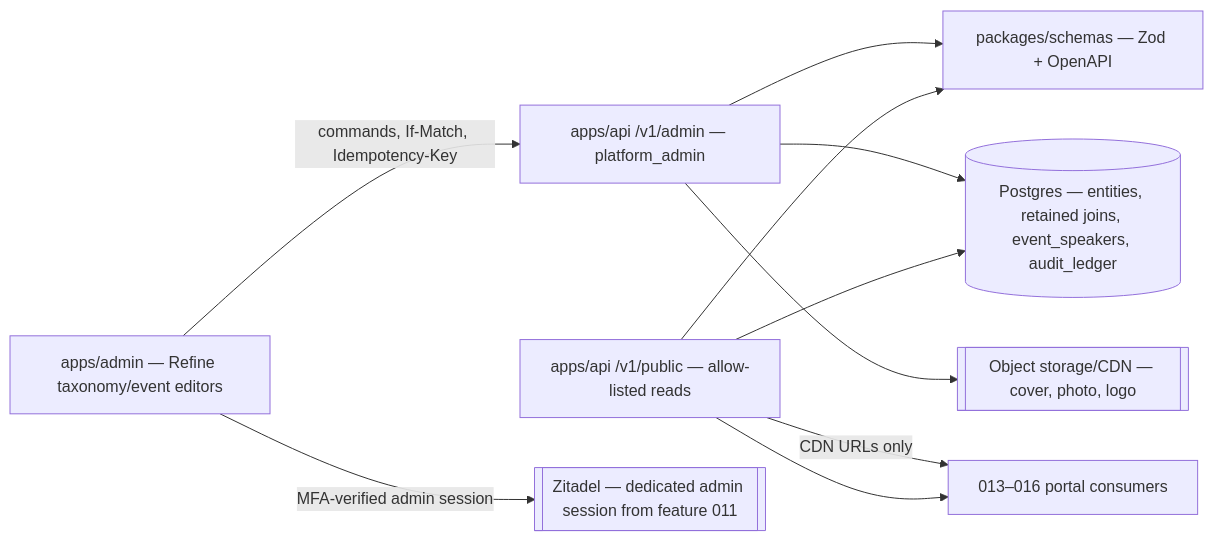
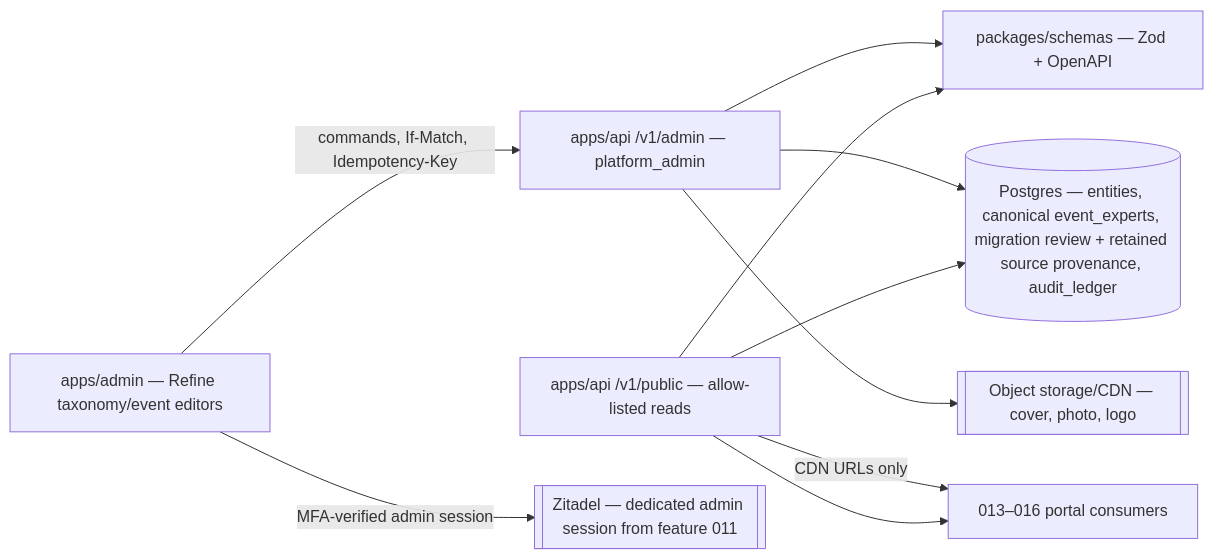
The first of 4 diagrams in apps/docs/content/specs/features/012-content-taxonomy/012-design.md (doctor-school/ds-platform), drawn with Mermaid before and after one commit. The commit also changed other lines of this file and 11 other files, not shown here.

````diff
--- a/apps/docs/content/specs/features/012-content-taxonomy/012-design.md
+++ b/apps/docs/content/specs/features/012-content-taxonomy/012-design.md
@@ -18,21 +18,21 @@
 ```mermaid
 flowchart LR
   ADM[apps/admin — Refine taxonomy/event editors]
   APIA[apps/api /v1/admin — platform_admin]
   APIP[apps/api /v1/public — allow-listed reads]
   SCH[packages/schemas — Zod + OpenAPI]
-  DB[(Postgres — entities, retained joins, event_speakers, audit_ledger)]
+  DB[(Postgres — entities, canonical event_experts, migration review + retained source provenance, audit_ledger)]
   S3[[Object storage/CDN — cover, photo, logo]]
   IDP[[Zitadel — dedicated admin session from feature 011]]
   NEXT[013–016 portal consumers]
 
   ADM -->|commands, If-Match, Idempotency-Key| APIA
   APIA --> SCH
   APIP --> SCH
   APIA --> DB
   ADM -->|MFA-verified admin session| IDP
   APIP --> DB
   APIA --> S3
   APIP -->|CDN URLs only| NEXT
   APIP --> NEXT
 ```
````
